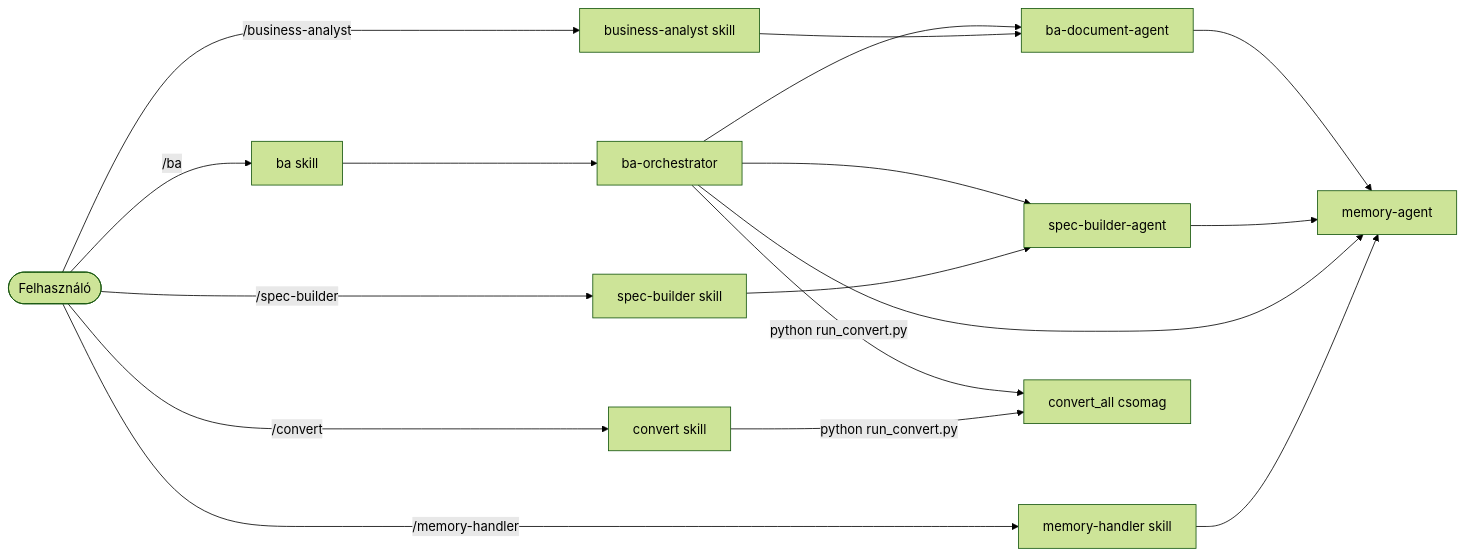
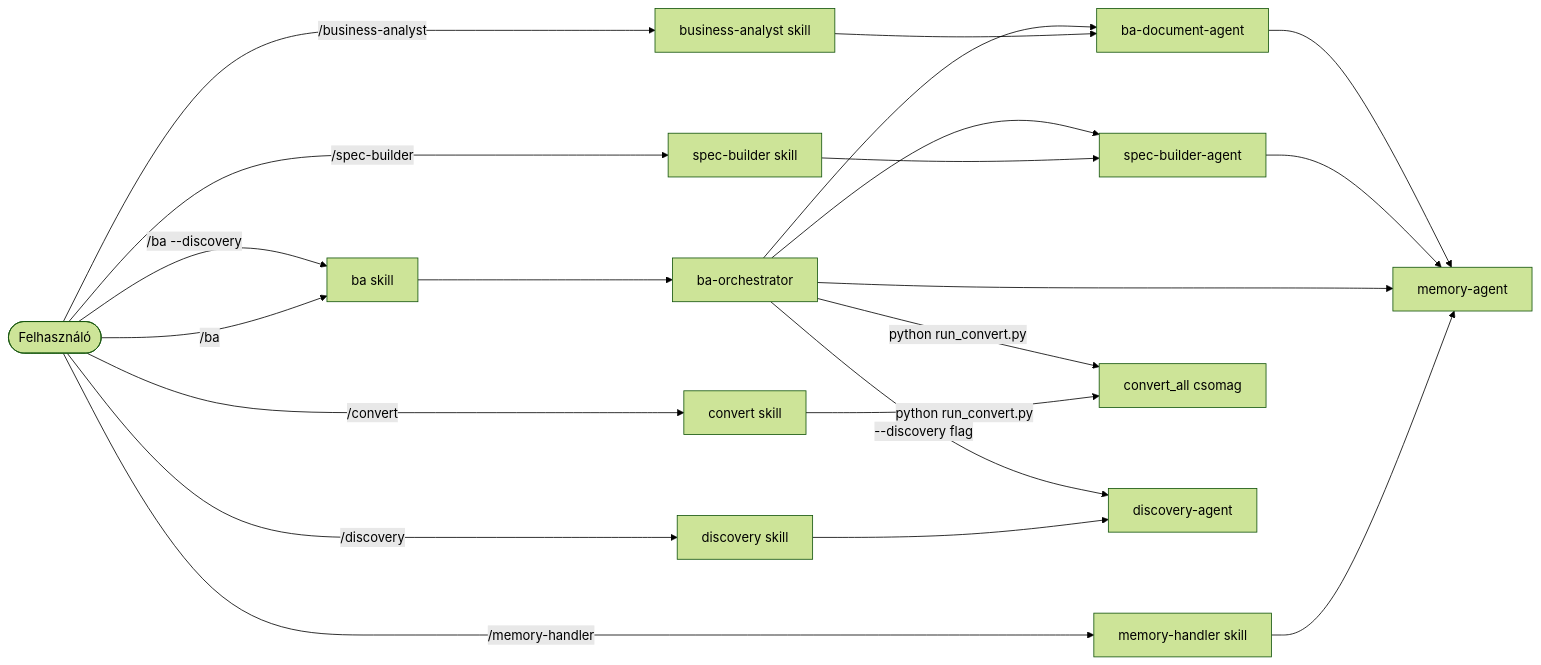
One commit to exphoenee/ba-team-docs changed the diagram in .claude/agents/README.md. Above: the diagram before and after it, drawn with Mermaid (forest theme). The commit also changed other lines of this file and 35 other files, not shown here.

````diff
--- a/.claude/agents/README.md
+++ b/.claude/agents/README.md
@@ -11,22 +11,26 @@
 ```mermaid
 %%{init: {'flowchart': { 'nodeSpacing': 100, 'rankSpacing': 150 } }}%%
 flowchart LR
     U([Felhasználó]) -->|"/ba"| S1[ba skill]
+    U -->|"/ba --discovery"| S1
     U -->|"/spec-builder"| S2[spec-builder skill]
     U -->|"/business-analyst"| S3[business-analyst skill]
     U -->|"/memory-handler"| S4[memory-handler skill]
     U -->|"/convert"| S5[convert skill]
+    U -->|"/discovery"| S6[discovery skill]
 
     S1 --> A1[ba-orchestrator]
     S2 --> A2[spec-builder-agent]
     S3 --> A3[ba-document-agent]
     S4 --> A4[memory-agent]
     S5 -->|"python run_convert.py"| PY[convert_all csomag]
+    S6 --> A5[discovery-agent]
 
     A1 -->|"python run_convert.py"| PY
     A1 --> A4
     A1 --> A2
     A1 --> A3
+    A1 -->|"--discovery flag"| A5
     A2 --> A4
     A3 --> A4
 ```
````
